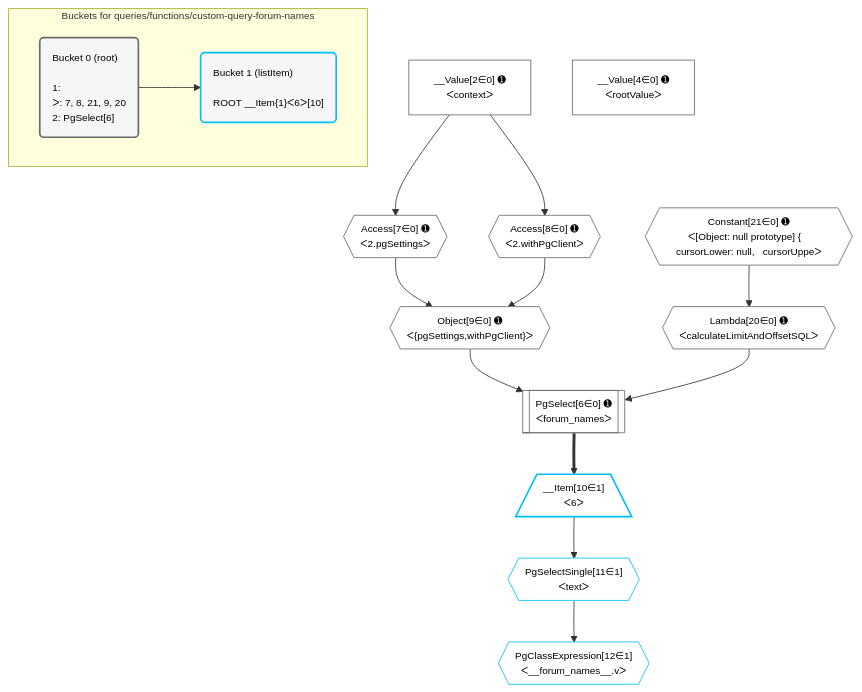
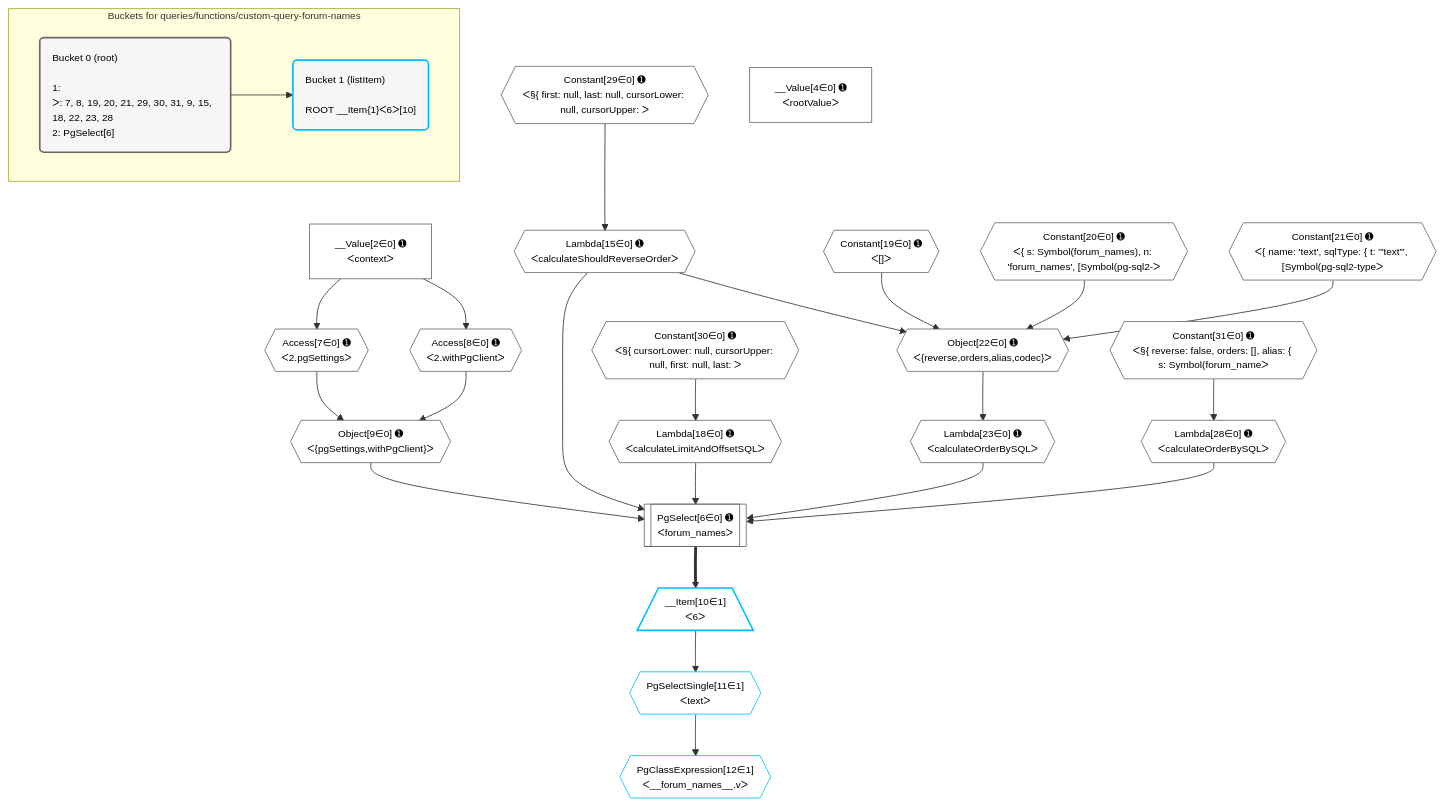
Before and after one commit to graphile/crystal: the diagram in grafast/dataplan-pg/__tests__/queries/functions/custom-query-forum-names.deopt.mermaid, drawn with Mermaid. The commit also changed 352 other files, not shown here.

Commit message:
Update plan and SQL snapshots

```diff
--- a/grafast/dataplan-pg/__tests__/queries/functions/custom-query-forum-names.deopt.mermaid
+++ b/grafast/dataplan-pg/__tests__/queries/functions/custom-query-forum-names.deopt.mermaid
@@ -1,42 +1,55 @@
 %%{init: {'themeVariables': { 'fontSize': '12px'}}}%%
 graph TD
     classDef path fill:#eee,stroke:#000,color:#000
     classDef plan fill:#fff,stroke-width:1px,color:#000
     classDef itemplan fill:#fff,stroke-width:2px,color:#000
     classDef unbatchedplan fill:#dff,stroke-width:1px,color:#000
     classDef sideeffectplan fill:#fcc,stroke-width:2px,color:#000
     classDef bucket fill:#f6f6f6,color:#000,stroke-width:2px,text-align:left
 
 
     %% plan dependencies
     PgSelect6[["PgSelect[6∈0] ➊<br />ᐸforum_namesᐳ"]]:::plan
     Object9{{"Object[9∈0] ➊<br />ᐸ{pgSettings,withPgClient}ᐳ"}}:::plan
-    Lambda20{{"Lambda[20∈0] ➊<br />ᐸcalculateLimitAndOffsetSQLᐳ"}}:::plan
-    Object9 & Lambda20 --> PgSelect6
+    Lambda15{{"Lambda[15∈0] ➊<br />ᐸcalculateShouldReverseOrderᐳ"}}:::plan
+    Lambda18{{"Lambda[18∈0] ➊<br />ᐸcalculateLimitAndOffsetSQLᐳ"}}:::plan
+    Lambda23{{"Lambda[23∈0] ➊<br />ᐸcalculateOrderBySQLᐳ"}}:::plan
+    Lambda28{{"Lambda[28∈0] ➊<br />ᐸcalculateOrderBySQLᐳ"}}:::plan
+    Object9 & Lambda15 & Lambda18 & Lambda23 & Lambda28 --> PgSelect6
+    Object22{{"Object[22∈0] ➊<br />ᐸ{reverse,orders,alias,codec}ᐳ"}}:::plan
+    Constant19{{"Constant[19∈0] ➊<br />ᐸ[]ᐳ"}}:::plan
+    Constant20{{"Constant[20∈0] ➊<br />ᐸ{ s: Symbol(forum_names), n: 'forum_names', [Symbol(pg-sql2-ᐳ"}}:::plan
+    Constant21{{"Constant[21∈0] ➊<br />ᐸ{ name: 'text', sqlType: { t: '”text”', [Symbol(pg-sql2-typeᐳ"}}:::plan
+    Lambda15 & Constant19 & Constant20 & Constant21 --> Object22
     Access7{{"Access[7∈0] ➊<br />ᐸ2.pgSettingsᐳ"}}:::plan
     Access8{{"Access[8∈0] ➊<br />ᐸ2.withPgClientᐳ"}}:::plan
     Access7 & Access8 --> Object9
     __Value2["__Value[2∈0] ➊<br />ᐸcontextᐳ"]:::plan
     __Value2 --> Access7
     __Value2 --> Access8
-    Constant21{{"Constant[21∈0] ➊<br />ᐸ[Object: null prototype] {   cursorLower: null,   cursorUppeᐳ"}}:::plan
-    Constant21 --> Lambda20
+    Constant29{{"Constant[29∈0] ➊<br />ᐸ§{ first: null, last: null, cursorLower: null, cursorUpper: ᐳ"}}:::plan
+    Constant29 --> Lambda15
+    Constant30{{"Constant[30∈0] ➊<br />ᐸ§{ cursorLower: null, cursorUpper: null, first: null, last: ᐳ"}}:::plan
+    Constant30 --> Lambda18
+    Object22 --> Lambda23
+    Constant31{{"Constant[31∈0] ➊<br />ᐸ§{ reverse: false, orders: [], alias: { s: Symbol(forum_nameᐳ"}}:::plan
+    Constant31 --> Lambda28
     __Value4["__Value[4∈0] ➊<br />ᐸrootValueᐳ"]:::plan
     __Item10[/"__Item[10∈1]<br />ᐸ6ᐳ"\]:::itemplan
     PgSelect6 ==> __Item10
     PgSelectSingle11{{"PgSelectSingle[11∈1]<br />ᐸtextᐳ"}}:::plan
     __Item10 --> PgSelectSingle11
     PgClassExpression12{{"PgClassExpression[12∈1]<br />ᐸ__forum_names__.vᐳ"}}:::plan
     PgSelectSingle11 --> PgClassExpression12
 
     %% define steps
 
     subgraph "Buckets for queries/functions/custom-query-forum-names"
-    Bucket0("Bucket 0 (root)<br /><br />1: <br />ᐳ: 7, 8, 21, 9, 20<br />2: PgSelect[6]"):::bucket
+    Bucket0("Bucket 0 (root)<br /><br />1: <br />ᐳ: 7, 8, 19, 20, 21, 29, 30, 31, 9, 15, 18, 22, 23, 28<br />2: PgSelect[6]"):::bucket
     classDef bucket0 stroke:#696969
-    class Bucket0,__Value2,__Value4,PgSelect6,Access7,Access8,Object9,Lambda20,Constant21 bucket0
+    class Bucket0,__Value2,__Value4,PgSelect6,Access7,Access8,Object9,Lambda15,Lambda18,Constant19,Constant20,Constant21,Object22,Lambda23,Lambda28,Constant29,Constant30,Constant31 bucket0
     Bucket1("Bucket 1 (listItem)<br /><br />ROOT __Item{1}ᐸ6ᐳ[10]"):::bucket
     classDef bucket1 stroke:#00bfff
     class Bucket1,__Item10,PgSelectSingle11,PgClassExpression12 bucket1
     Bucket0 --> Bucket1
     end
```
